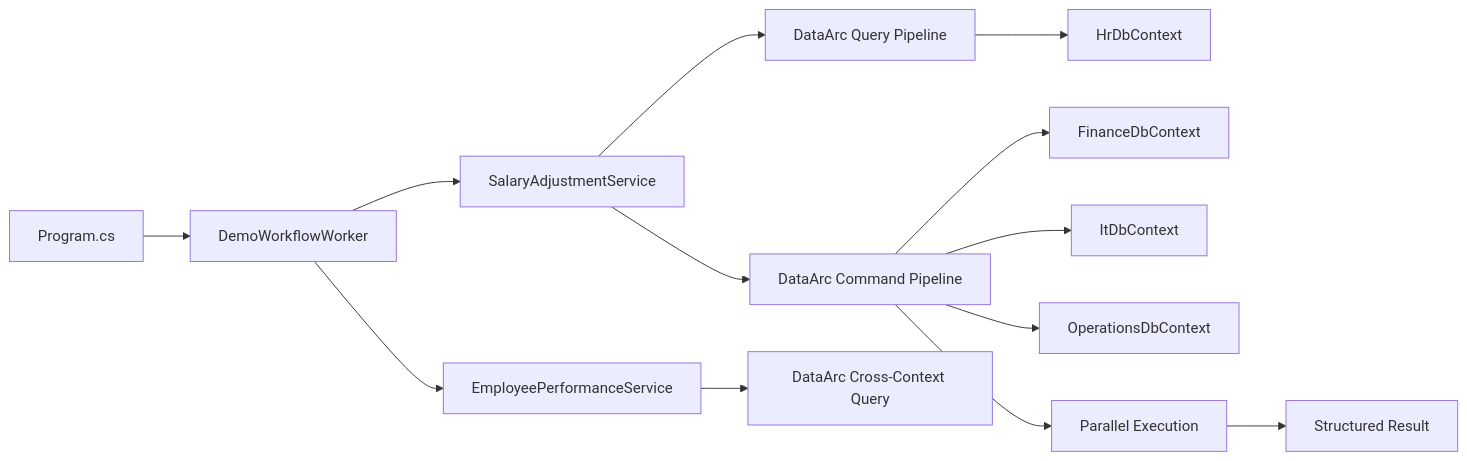
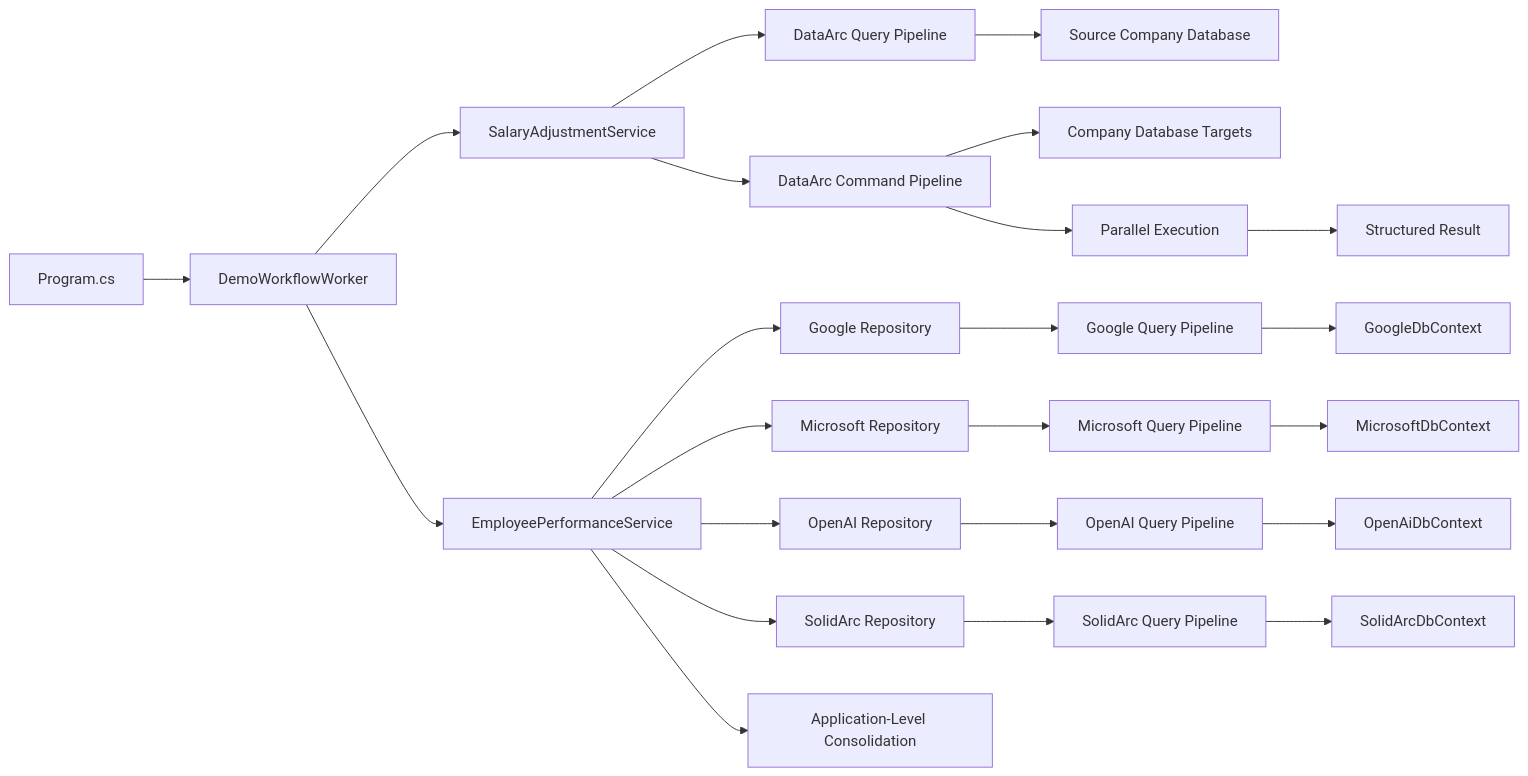
Before and after one commit to SolidArcSoftware/DataArc.EntityFrameworkCore: the first of 4 diagrams in README.md, drawn with Mermaid. The commit also changed other lines of this file and 10 other files, not shown here.

````diff
--- a/README.md
+++ b/README.md
@@ -150,18 +180,31 @@
 ```mermaid
 flowchart LR
     A[Program.cs] --> B[DemoWorkflowWorker]
     B --> C[SalaryAdjustmentService]
     B --> D[EmployeePerformanceService]
 
     C --> Q[DataArc Query Pipeline]
     C --> W[DataArc Command Pipeline]
-    D --> R[DataArc Cross-Context Query]
 
-    Q --> HR[HrDbContext]
-    W --> FIN[FinanceDbContext]
-    W --> IT[ItDbContext]
-    W --> OPS[OperationsDbContext]
+    D --> GRepo[Google Repository]
+    D --> MRepo[Microsoft Repository]
+    D --> ORepo[OpenAI Repository]
+    D --> SRepo[SolidArc Repository]
 
+    GRepo --> GQ[Google Query Pipeline]
+    MRepo --> MQ[Microsoft Query Pipeline]
+    ORepo --> OQ[OpenAI Query Pipeline]
+    SRepo --> SQ[SolidArc Query Pipeline]
+
+    GQ --> GDB[GoogleDbContext]
+    MQ --> MDB[MicrosoftDbContext]
+    OQ --> ODB[OpenAiDbContext]
+    SQ --> SDB[SolidArcDbContext]
+
+    Q --> Source[Source Company Database]
+    W --> Targets[Company Database Targets]
     W --> X[Parallel Execution]
     X --> Y[Structured Result]
+
+    D --> Z[Application-Level Consolidation]
 ```
````
